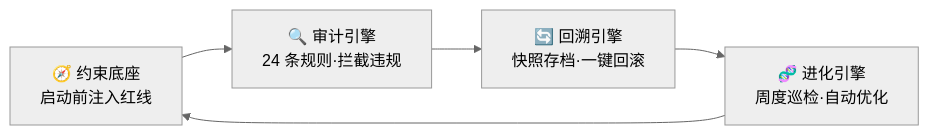
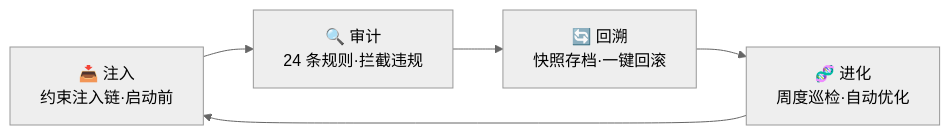
The fourth of 8 diagrams in docs/ARCHITECTURE.md (KongFangXun/sofagent), drawn with Mermaid (neutral theme) before and after one commit. The commit also changed other lines of this file and 34 other files, not shown here.

````diff
--- a/docs/ARCHITECTURE.md
+++ b/docs/ARCHITECTURE.md
@@ -190,7 +192,7 @@
 ```mermaid
 graph LR
-    A["🧭 约束底座<br/>启动前注入红线"] --> B["🔍 审计引擎<br/>24 条规则·拦截违规"]
-    B --> C["🔄 回溯引擎<br/>快照存档·一键回滚"]
-    C --> D["🧬 进化引擎<br/>周度巡检·自动优化"]
+    A["📥 注入<br/>约束注入链·启动前"] --> B["🔍 审计<br/>24 条规则·拦截违规"]
+    B --> C["🔄 回溯<br/>快照存档·一键回滚"]
+    C --> D["🧬 进化<br/>周度巡检·自动优化"]
     D --> A
 ```
````
